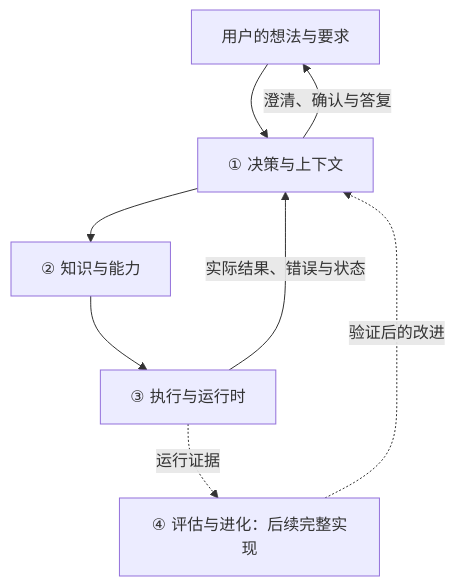
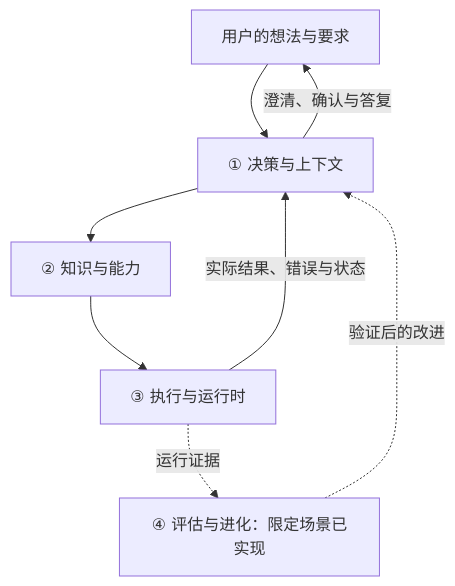
One commit to happiness-cheng/agent-harness changed the first of 2 diagrams in README.md. Above: the diagram before and after it, drawn with Mermaid. The commit also changed other lines of this file and 307 other files, not shown here.

```diff
--- a/README.md
+++ b/README.md
@@ -22,10 +24,10 @@
 ~~~mermaid
 flowchart TB
   U[用户的想法与要求] --> D[① 决策与上下文]
   D --> K[② 知识与能力]
   K --> R[③ 执行与运行时]
   R -->|实际结果、错误与状态| D
   D -->|澄清、确认与答复| U
-  R -.->|运行证据| E[④ 评估与进化：后续完整实现]
+  R -.->|运行证据| E[④ 评估与进化：限定场景已实现]
   E -.->|验证后的改进| D
 ~~~
```
